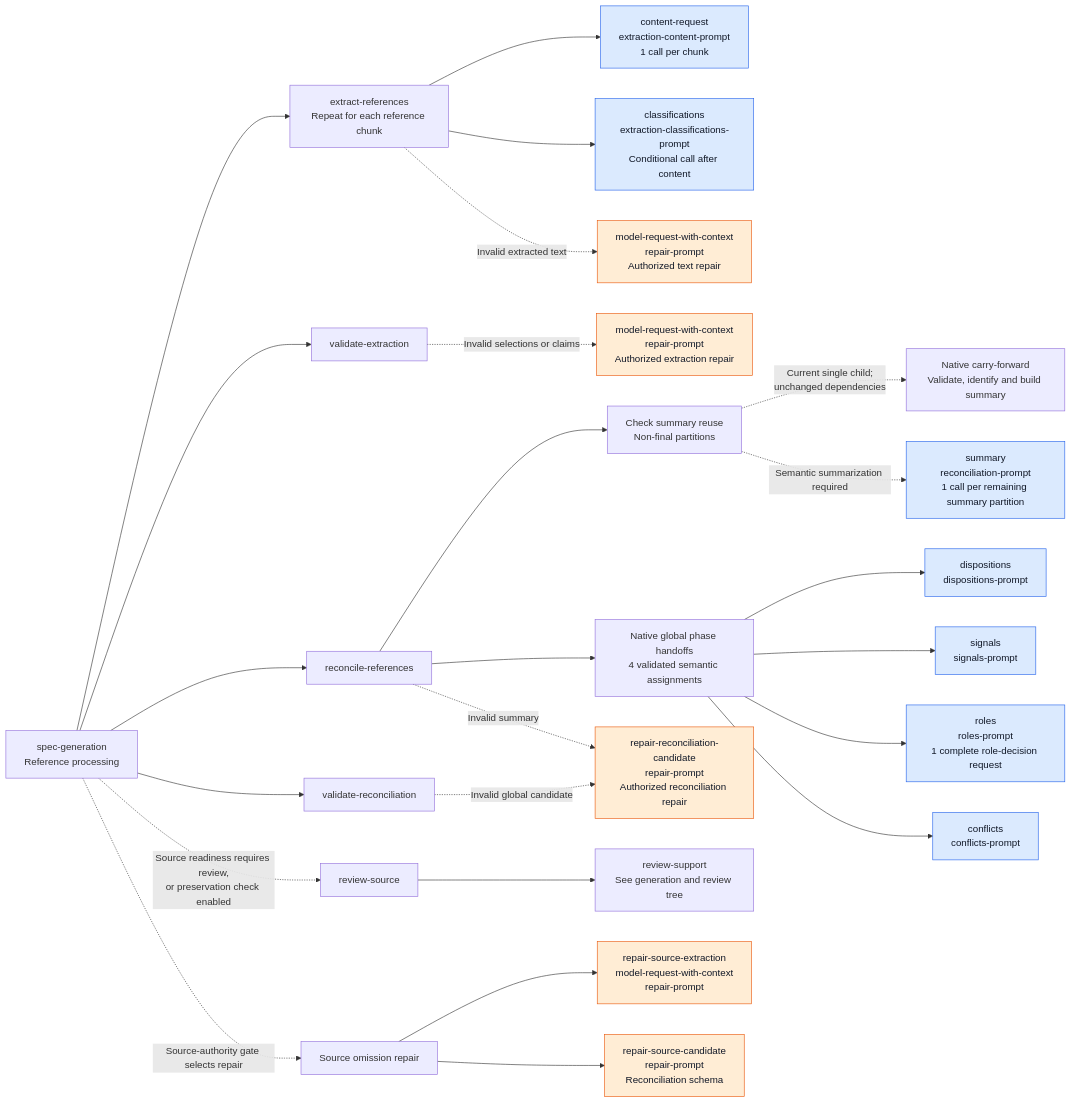
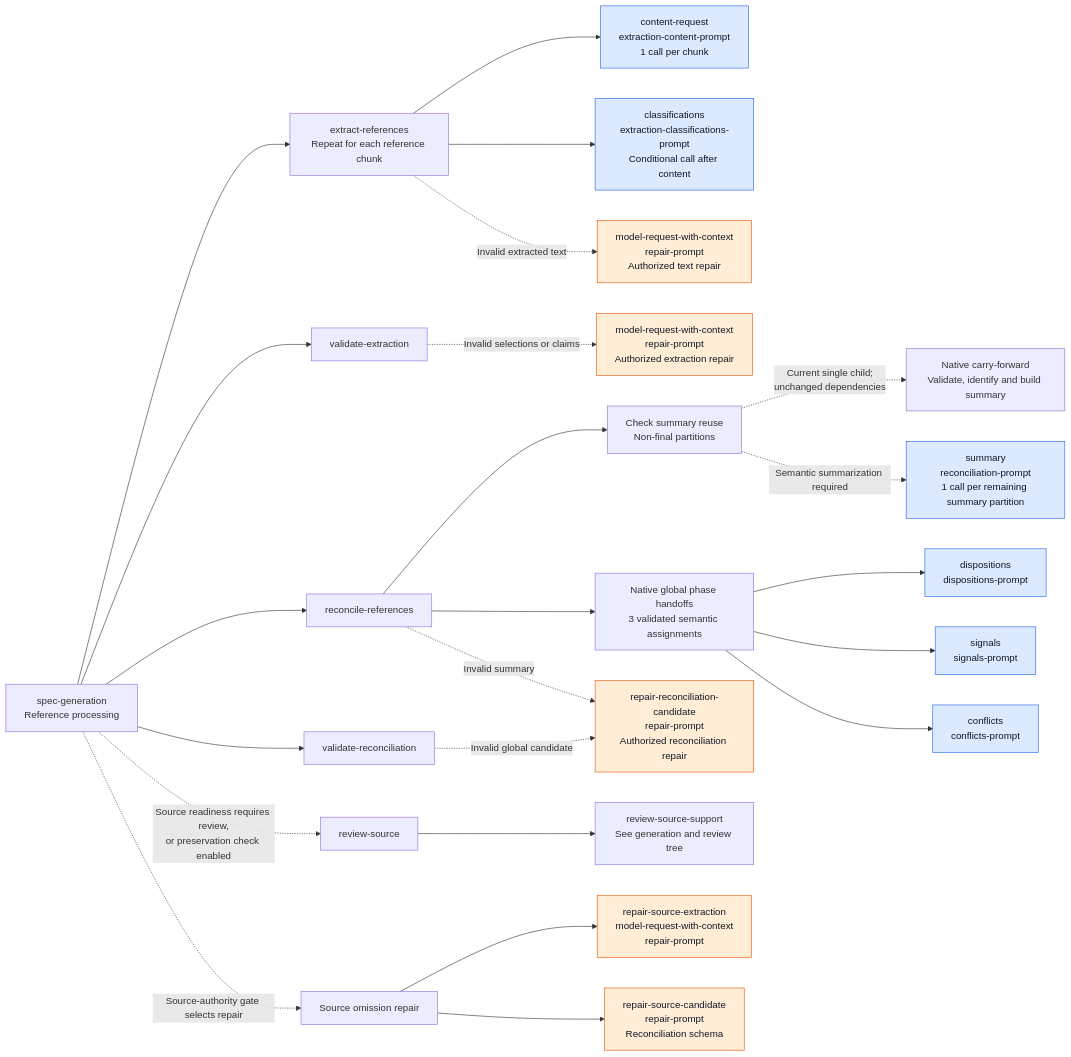
One commit to littledespot/sdde changed the first of 3 diagrams in design/diagrams/21-spec-model-call-tree.md. Above: the diagram before and after it, drawn with Mermaid. The commit also changed other lines of this file and 136 other files, not shown here.

````diff
--- a/design/diagrams/21-spec-model-call-tree.md
+++ b/design/diagrams/21-spec-model-call-tree.md
@@ -22,36 +22,35 @@
 ```mermaid
 flowchart LR
     ROOT["spec-generation<br/>Reference processing"]
     ROOT --> EX["extract-references<br/>Repeat for each reference chunk"]
     EX --> CONTENT["content-request<br/>extraction-content-prompt<br/>1 call per chunk"]
     EX --> CLASSIFICATIONS["classifications<br/>extraction-classifications-prompt<br/>Conditional call after content"]
     EX -. "Invalid extracted text" .-> TEXT_REPAIR["model-request-with-context<br/>repair-prompt<br/>Authorized text repair"]
 
     ROOT --> VALIDATE_EX["validate-extraction"]
     VALIDATE_EX -. "Invalid selections or claims" .-> EX_REPAIR["model-request-with-context<br/>repair-prompt<br/>Authorized extraction repair"]
 
     ROOT --> RC["reconcile-references"]
     RC --> SUMMARY_ROUTE["Check summary reuse<br/>Non-final partitions"]
     SUMMARY_ROUTE -. "Current single child;<br/>unchanged dependencies" .-> SUMMARY_REUSE["Native carry-forward<br/>Validate, identify and build summary"]
     SUMMARY_ROUTE -. "Semantic summarization required" .-> SUMMARY["summary<br/>reconciliation-prompt<br/>1 call per remaining summary partition"]
-    RC --> GLOBAL["Native global phase handoffs<br/>4 validated semantic assignments"]
+    RC --> GLOBAL["Native global phase handoffs<br/>3 validated semantic assignments"]
     GLOBAL --> DISPOSITIONS["dispositions<br/>dispositions-prompt"]
     GLOBAL --> SIGNALS["signals<br/>signals-prompt"]
-    GLOBAL --> ROLES["roles<br/>roles-prompt<br/>1 complete role-decision request"]
     GLOBAL --> CONFLICTS["conflicts<br/>conflicts-prompt"]
     RC -. "Invalid summary" .-> RC_REPAIR["repair-reconciliation-candidate<br/>repair-prompt<br/>Authorized reconciliation repair"]
 
     ROOT --> VALIDATE_RC["validate-reconciliation"]
     VALIDATE_RC -. "Invalid global candidate" .-> RC_REPAIR
 
     ROOT -. "Source readiness requires review,<br/>or preservation check enabled" .-> SOURCE["review-source"]
-    SOURCE --> SUPPORT["review-support<br/>See generation and review tree"]
+    SOURCE --> SUPPORT["review-source-support<br/>See generation and review tree"]
     ROOT -. "Source-authority gate selects repair" .-> UPSTREAM["Source omission repair"]
     UPSTREAM --> SOURCE_EX["repair-source-extraction<br/>model-request-with-context<br/>repair-prompt"]
     UPSTREAM --> SOURCE_RC["repair-source-candidate<br/>repair-prompt<br/>Reconciliation schema"]
 
     classDef model fill:#dbeafe,stroke:#2563eb,color:#111827;
     classDef repair fill:#ffedd5,stroke:#ea580c,color:#111827;
-    class CONTENT,CLASSIFICATIONS,SUMMARY,DISPOSITIONS,SIGNALS,ROLES,CONFLICTS model;
+    class CONTENT,CLASSIFICATIONS,SUMMARY,DISPOSITIONS,SIGNALS,CONFLICTS model;
     class TEXT_REPAIR,EX_REPAIR,RC_REPAIR,SOURCE_EX,SOURCE_RC repair;
 ```
````
